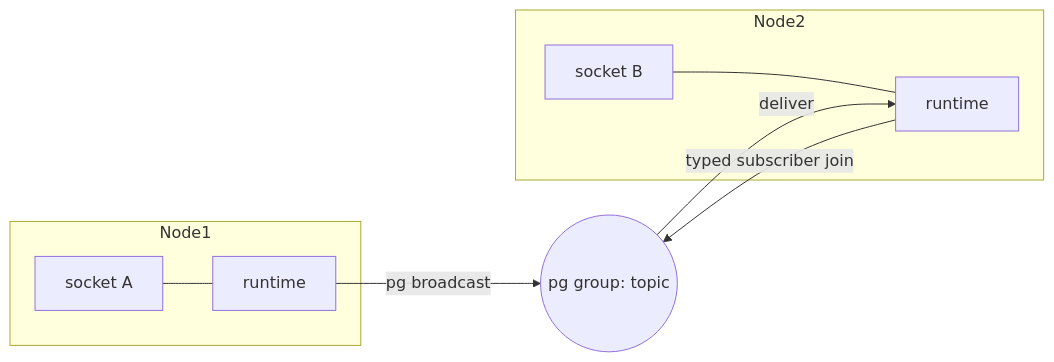
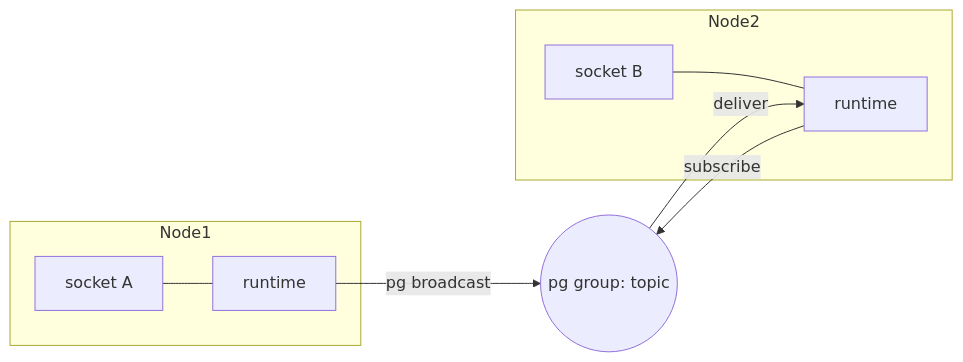
One commit to tylerbutler/beryl changed the diagram in website/src/content/docs/architecture/pubsub-and-distribution.md. Above: the diagram before and after it, drawn with Mermaid. The commit also changed other lines of this file and 42 other files, not shown here.

````diff
--- a/website/src/content/docs/architecture/pubsub-and-distribution.md
+++ b/website/src/content/docs/architecture/pubsub-and-distribution.md
@@ -58,12 +54,12 @@
 ```mermaid
 flowchart LR
   subgraph Node1
-    A[socket A] --- R1[runtime]
+    A[socket A] --- C1[runtime]
   end
   subgraph Node2
-    B[socket B] --- R2[runtime]
+    B[socket B] --- C2[runtime]
   end
-  R1 -- pg broadcast --> PG((pg group: topic))
-  R2 -- typed subscriber join --> PG
-  PG -- deliver --> R2
+  C1 -- pg broadcast --> PG((pg group: topic))
+  C2 -- subscribe --> PG
+  PG -- deliver --> C2
 ```
````
